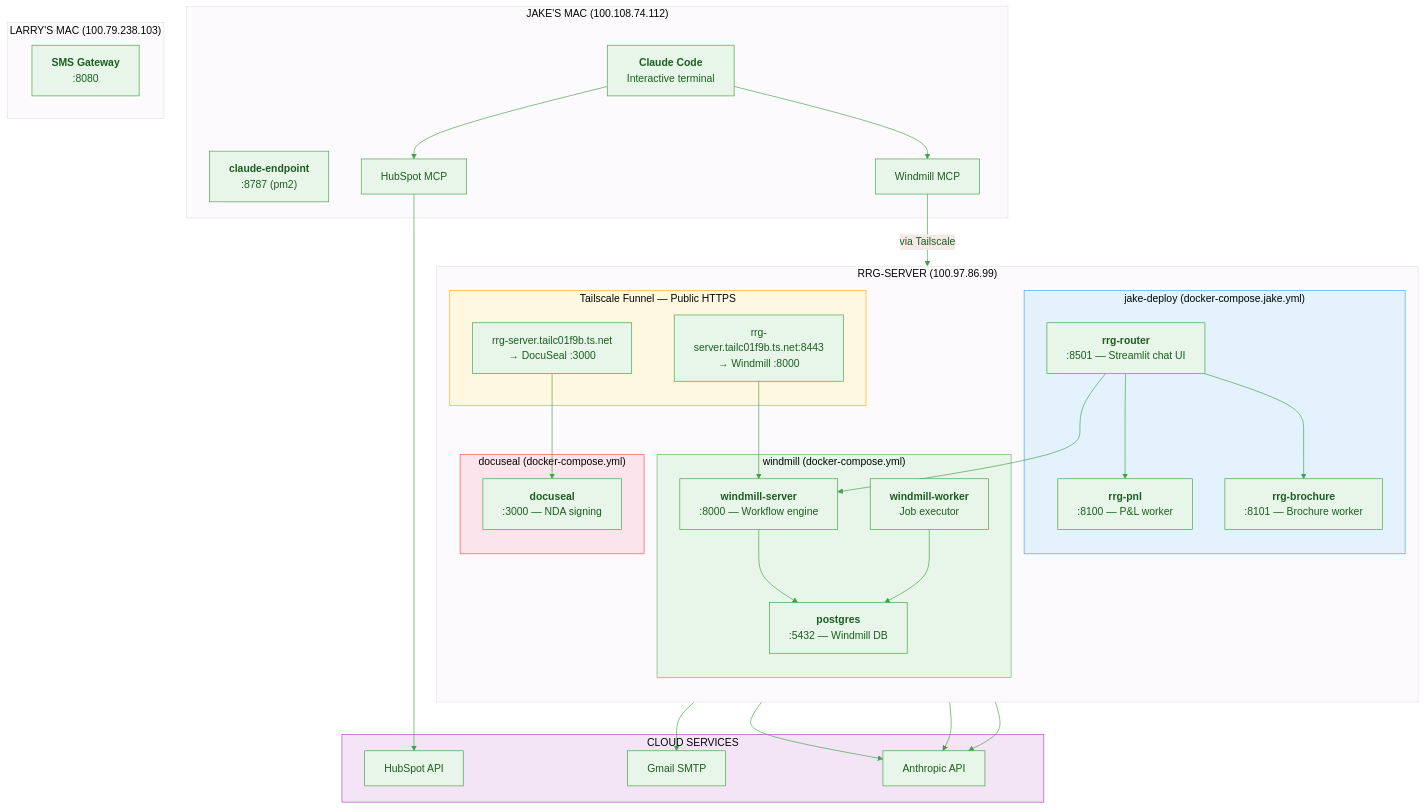
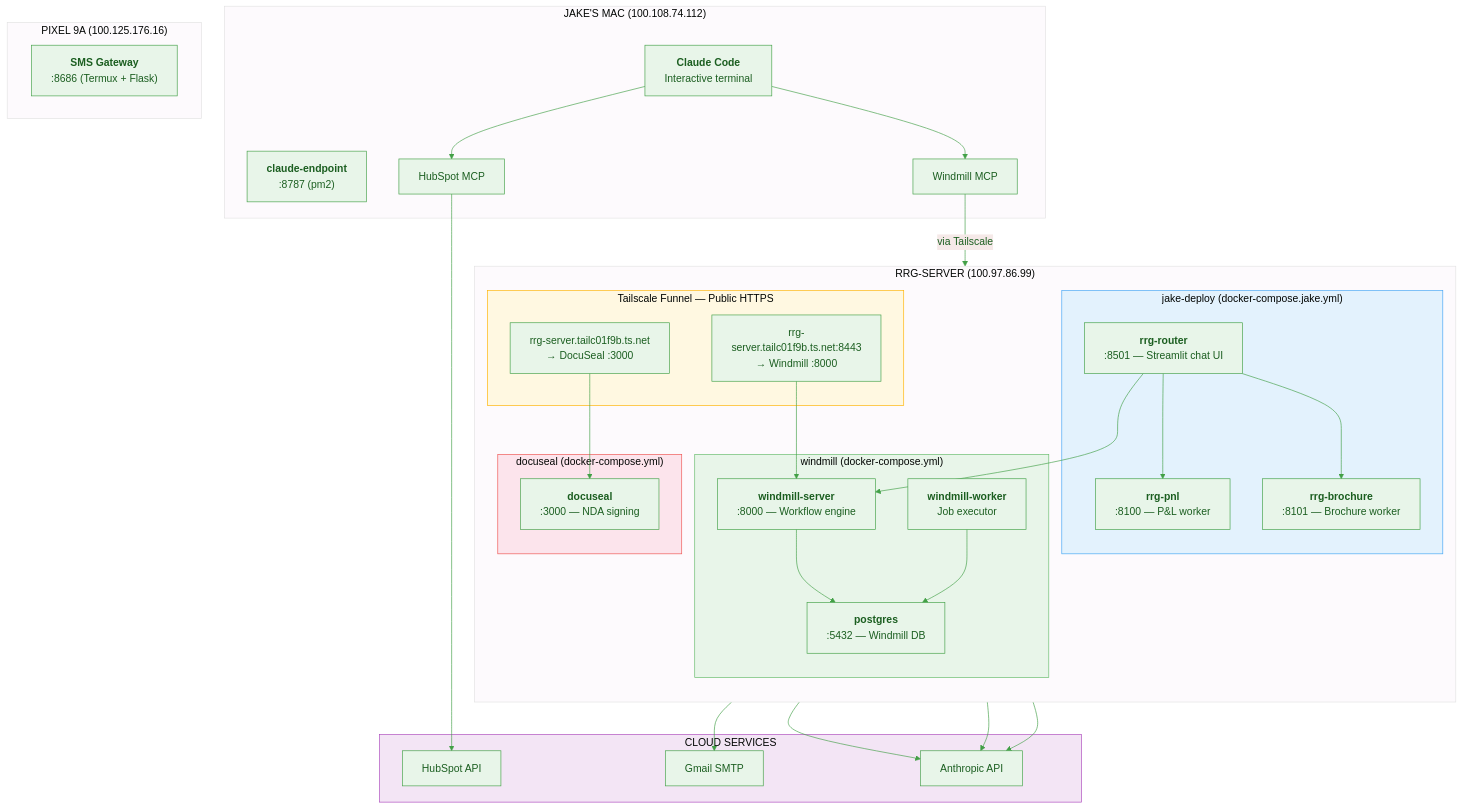
Before and after one commit to BeastofOne/rrg-server: the second of 4 diagrams in docs/ARCHITECTURE.md, drawn with Mermaid. The commit also changed other lines of this file and 4 other files, not shown here.

First line of the commit message:
Update docs for lead intake pipeline bug fixes and architecture changes

````diff
--- a/docs/ARCHITECTURE.md
+++ b/docs/ARCHITECTURE.md
@@ -59,80 +59,80 @@
 ```mermaid
 %%{init: {'theme': 'base', 'themeVariables': { 'primaryColor': '#e8f5e9', 'primaryTextColor': '#1b5e20', 'primaryBorderColor': '#43a047', 'lineColor': '#43a047'}}}%%
 
 graph TB
     subgraph RRG["RRG-SERVER (100.97.86.99)"]
         direction TB
 
         subgraph FUNNEL["Tailscale Funnel — Public HTTPS"]
             F_DS["rrg-server.tailc01f9b.ts.net<br/>→ DocuSeal :3000"]
             F_WM["rrg-server.tailc01f9b.ts.net:8443<br/>→ Windmill :8000"]
         end
 
         subgraph JAKE_APPS["jake-deploy (docker-compose.jake.yml)"]
             ROUTER["<b>rrg-router</b><br/>:8501 — Streamlit chat UI"]
             PNL["<b>rrg-pnl</b><br/>:8100 — P&L worker"]
             BROCHURE["<b>rrg-brochure</b><br/>:8101 — Brochure worker"]
         end
 
         subgraph WM_STACK["windmill (docker-compose.yml)"]
             WM_SERVER["<b>windmill-server</b><br/>:8000 — Workflow engine"]
             WM_WORKER["<b>windmill-worker</b><br/>Job executor"]
             WM_DB["<b>postgres</b><br/>:5432 — Windmill DB"]
         end
 
         subgraph DS_STACK["docuseal (docker-compose.yml)"]
             DOCUSEAL["<b>docuseal</b><br/>:3000 — NDA signing"]
         end
     end
 
     subgraph MAC["JAKE'S MAC (100.108.74.112)"]
         CLAUDE_CLI["<b>Claude Code</b><br/>Interactive terminal"]
         CLAUDE_EP["<b>claude-endpoint</b><br/>:8787 (pm2)"]
         MCP_HS["HubSpot MCP"]
         MCP_WM["Windmill MCP"]
     end
 
-    subgraph LARRY["LARRY'S MAC (100.79.238.103)"]
-        SMS_GW["<b>SMS Gateway</b><br/>:8080"]
+    subgraph PIXEL["PIXEL 9A (100.125.176.16)"]
+        SMS_GW["<b>SMS Gateway</b><br/>:8686 (Termux + Flask)"]
     end
 
     subgraph CLOUD["CLOUD SERVICES"]
         HUBSPOT["HubSpot API"]
         GMAIL["Gmail SMTP"]
         ANTHROPIC["Anthropic API"]
     end
 
     %% Funnel routing
     F_DS --> DOCUSEAL
     F_WM --> WM_SERVER
 
     %% Jake apps internal routing
     ROUTER --> PNL
     ROUTER --> BROCHURE
     ROUTER --> WM_SERVER
 
     %% All RRG apps → Anthropic
     ROUTER --> ANTHROPIC
     PNL --> ANTHROPIC
     BROCHURE --> ANTHROPIC
 
     %% Windmill internals
     WM_SERVER --> WM_DB
     WM_WORKER --> WM_DB
 
     %% DocuSeal → Gmail
     DOCUSEAL --> GMAIL
 
     %% Claude CLI MCP connections
     CLAUDE_CLI --> MCP_HS
     CLAUDE_CLI --> MCP_WM
     MCP_HS --> HUBSPOT
     MCP_WM -->|"via Tailscale"| WM_SERVER
 
     %% Styling
     style FUNNEL fill:#fff8e1,stroke:#ffb300
     style CLOUD fill:#f3e5f5,stroke:#ab47bc
     style JAKE_APPS fill:#e3f2fd,stroke:#42a5f5
     style WM_STACK fill:#e8f5e9,stroke:#66bb6a
     style DS_STACK fill:#fce4ec,stroke:#ef5350
 ```
````
